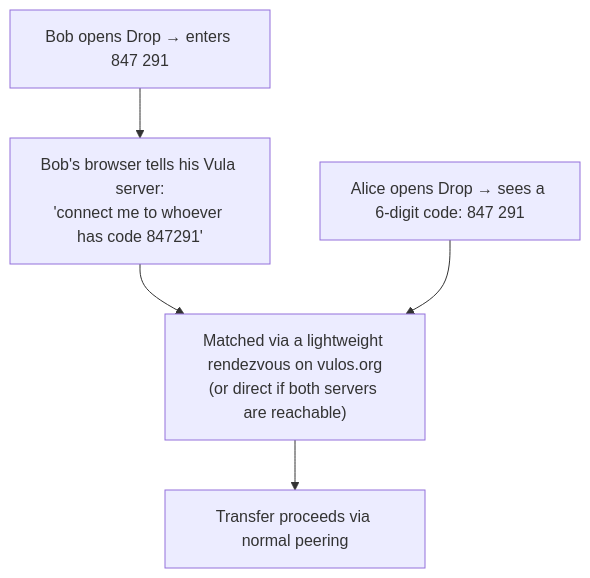
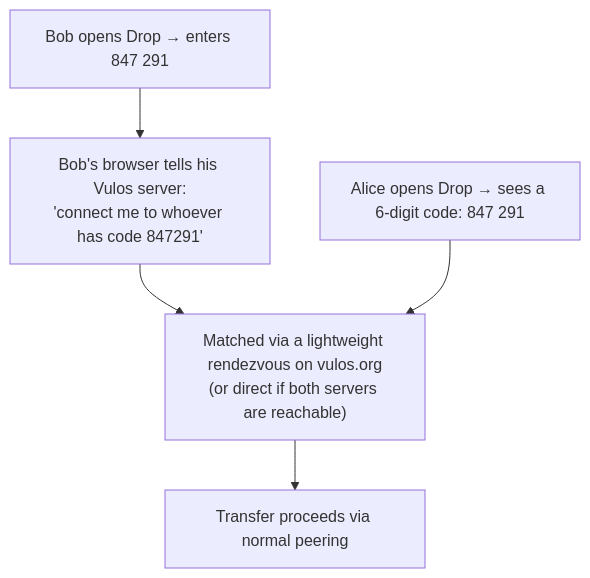
One commit to vul-os/vulos changed the seventh of 13 diagrams in roadmap/PEERING.md. Above: the diagram before and after it, drawn with Mermaid. The commit also changed other lines of this file and 138 other files, not shown here.

````diff
--- a/roadmap/PEERING.md
+++ b/roadmap/PEERING.md
@@ -617,11 +617,11 @@
 ```mermaid
 flowchart TD
     A["Alice opens Drop → sees a 6-digit code: 847 291"]
     B["Bob opens Drop → enters 847 291"]
-    C["Bob's browser tells his Vula server:<br/>'connect me to whoever has code 847291'"]
+    C["Bob's browser tells his Vulos server:<br/>'connect me to whoever has code 847291'"]
     D["Matched via a lightweight rendezvous on vulos.org<br/>(or direct if both servers are reachable)"]
     E["Transfer proceeds via normal peering"]
     B --> C --> D
     A --> D
     D --> E
 ```
````
